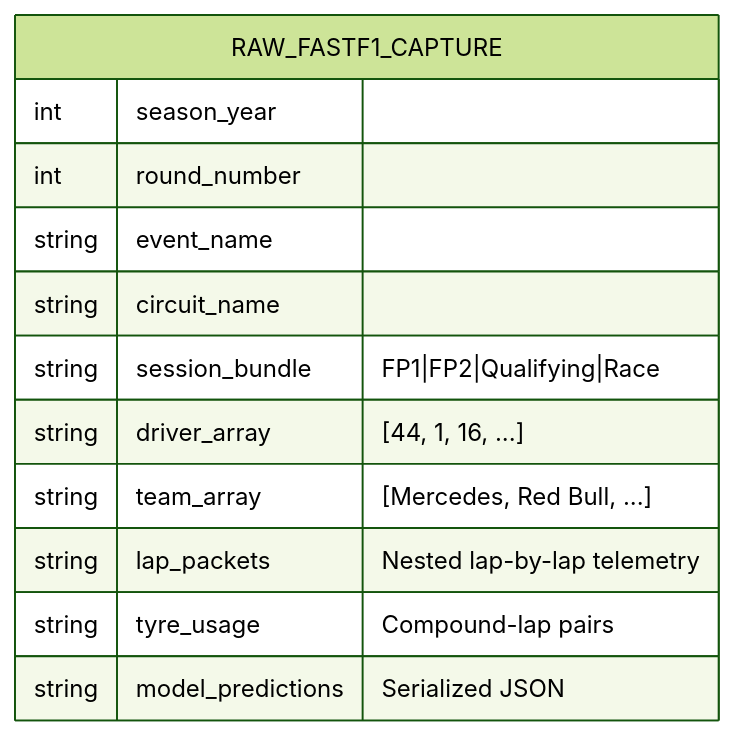
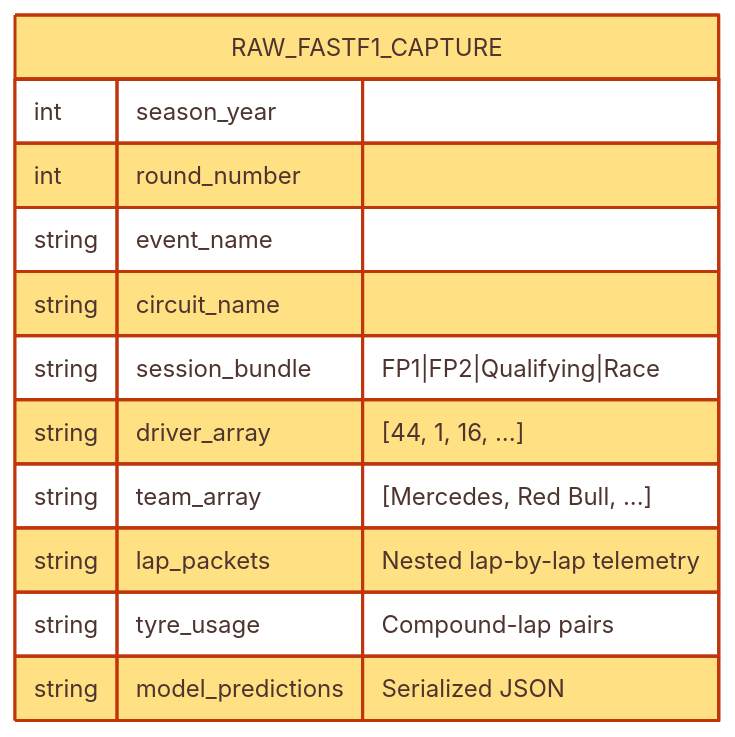
Before and after one commit to InatanayaXSk/F1_DB: the fourth of 9 diagrams in docs/system_diagrams/data_flow_and_normalization.md, drawn with Mermaid (forest theme). The commit also changed other lines of this file and 24 other files, not shown here.

Commit message:
chore: updated codebase including the ER and dfd diagrams

````diff
--- a/docs/system_diagrams/data_flow_and_normalization.md
+++ b/docs/system_diagrams/data_flow_and_normalization.md
@@ -110,15 +135,17 @@
 ```mermaid
 erDiagram
     RAW_FASTF1_CAPTURE {
         int season_year
         int round_number
         string event_name
         string circuit_name
         string session_bundle "FP1|FP2|Qualifying|Race"
         string driver_array "[44, 1, 16, ...]"
         string team_array "[Mercedes, Red Bull, ...]"
         string lap_packets "Nested lap-by-lap telemetry"
         string tyre_usage "Compound-lap pairs"
         string model_predictions "Serialized JSON"
     }
+
+    style RAW_FASTF1_CAPTURE fill:#ffe082,stroke:#bf360c,stroke-width:2px,color:#4e342e;
 ```
````
